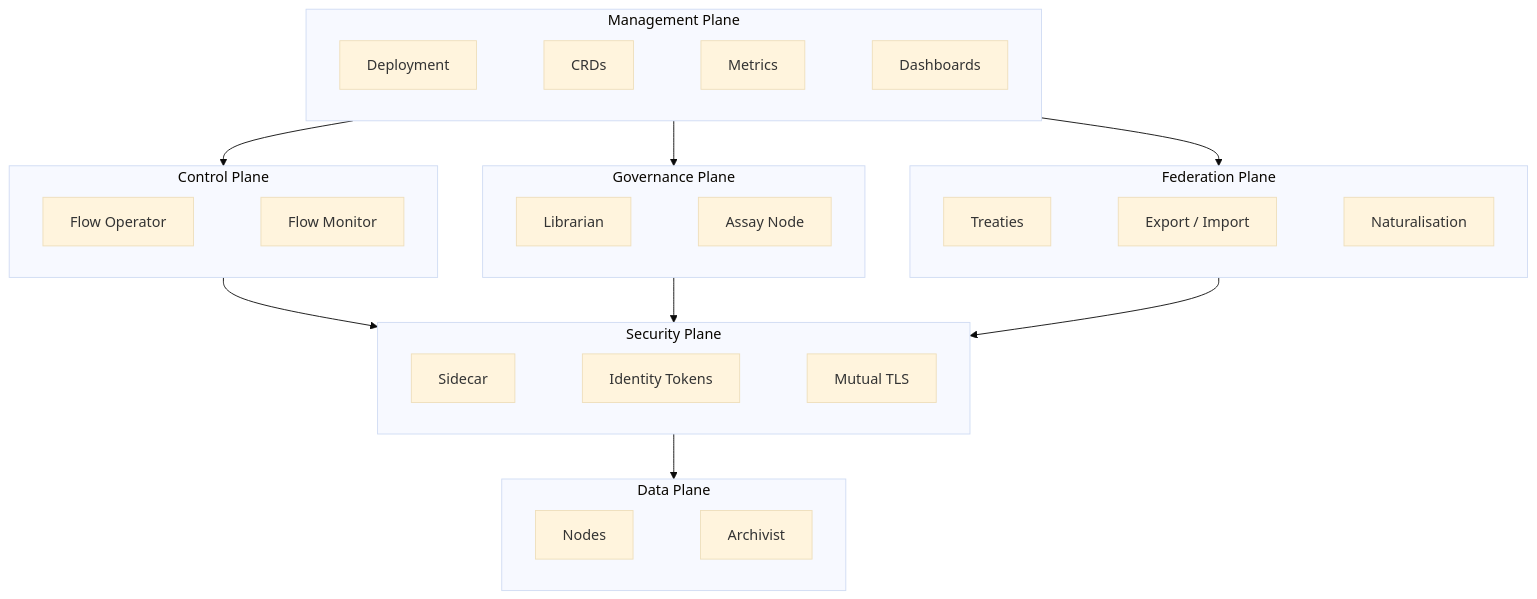
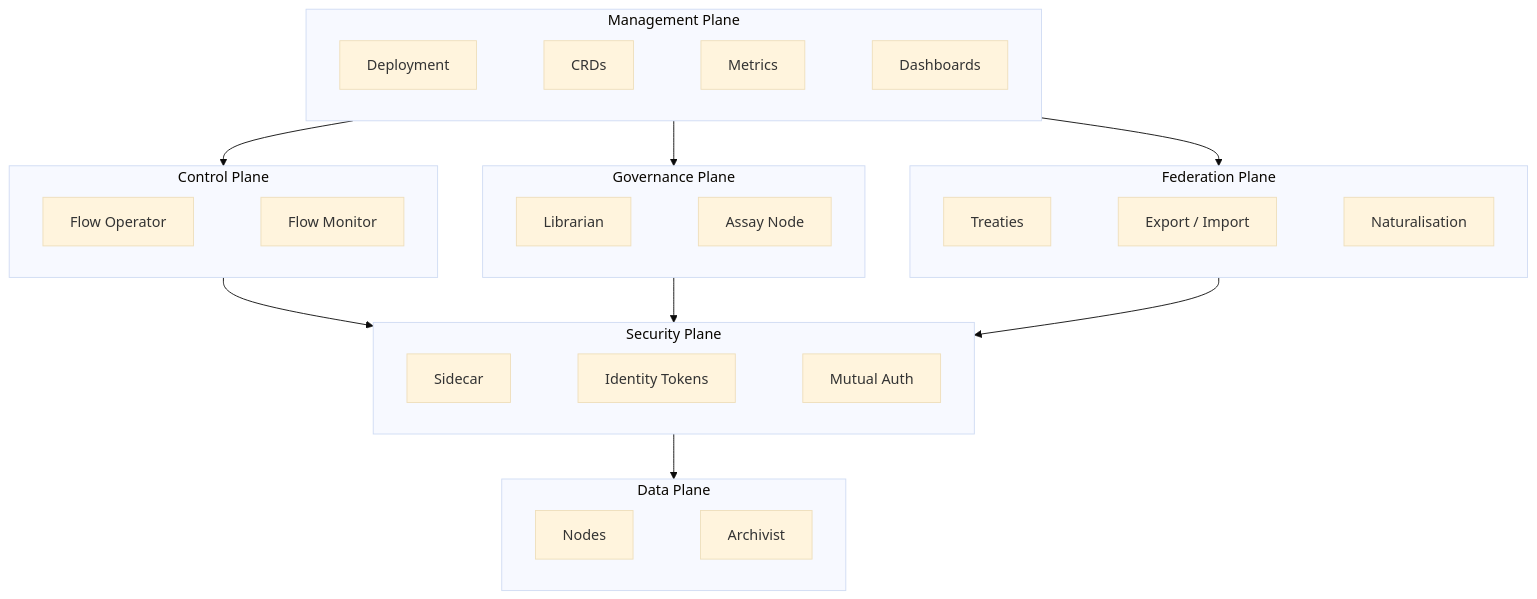
Before and after one commit to really-knows-ai/gideas: the diagram in 01-concepts/01-architecture.md, drawn with Mermaid (base theme). The commit also changed other lines of this file and 4 other files, not shown here.

Commit message:
Refine documentation for clarity in Foundry Flow concepts, including governance metaphors, validation models, and terminal contract specifications.

````diff
--- a/01-concepts/01-architecture.md
+++ b/01-concepts/01-architecture.md
@@ -11,42 +11,42 @@
 ```mermaid
 flowchart TD
     subgraph mgmt["Management Plane"]
         direction LR
         Deployment ~~~ CRDs ~~~ Metrics ~~~ Dashboards
     end
 
     subgraph ctrl["Control Plane"]
         direction LR
         Operator[Flow Operator] ~~~ Monitor[Flow Monitor]
     end
 
     subgraph gov["Governance Plane"]
         direction LR
         Librarian ~~~ Assay[Assay Node]
     end
 
     subgraph fed["Federation Plane"]
         direction LR
         Treaties ~~~ Export[Export / Import] ~~~ Nat[Naturalisation]
     end
 
     subgraph sec["Security Plane"]
         direction LR
-        Sidecar ~~~ Tokens[Identity Tokens] ~~~ mTLS[Mutual TLS]
+        Sidecar ~~~ Tokens[Identity Tokens] ~~~ MutualAuth[Mutual Auth]
     end
 
     subgraph data["Data Plane"]
         direction LR
         Nodes ~~~ Archivist
     end
 
     mgmt --> ctrl
     mgmt --> gov
     mgmt --> fed
 
     ctrl --> sec
     gov --> sec
     fed --> sec
 
     sec --> data
 ```
````
